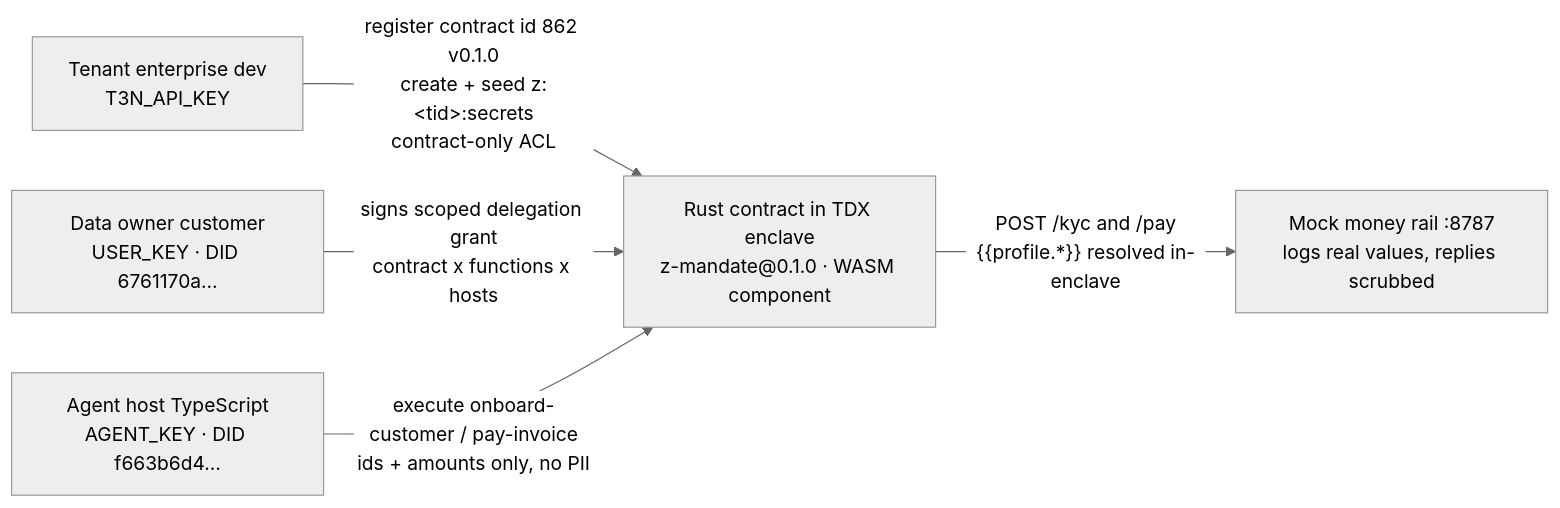
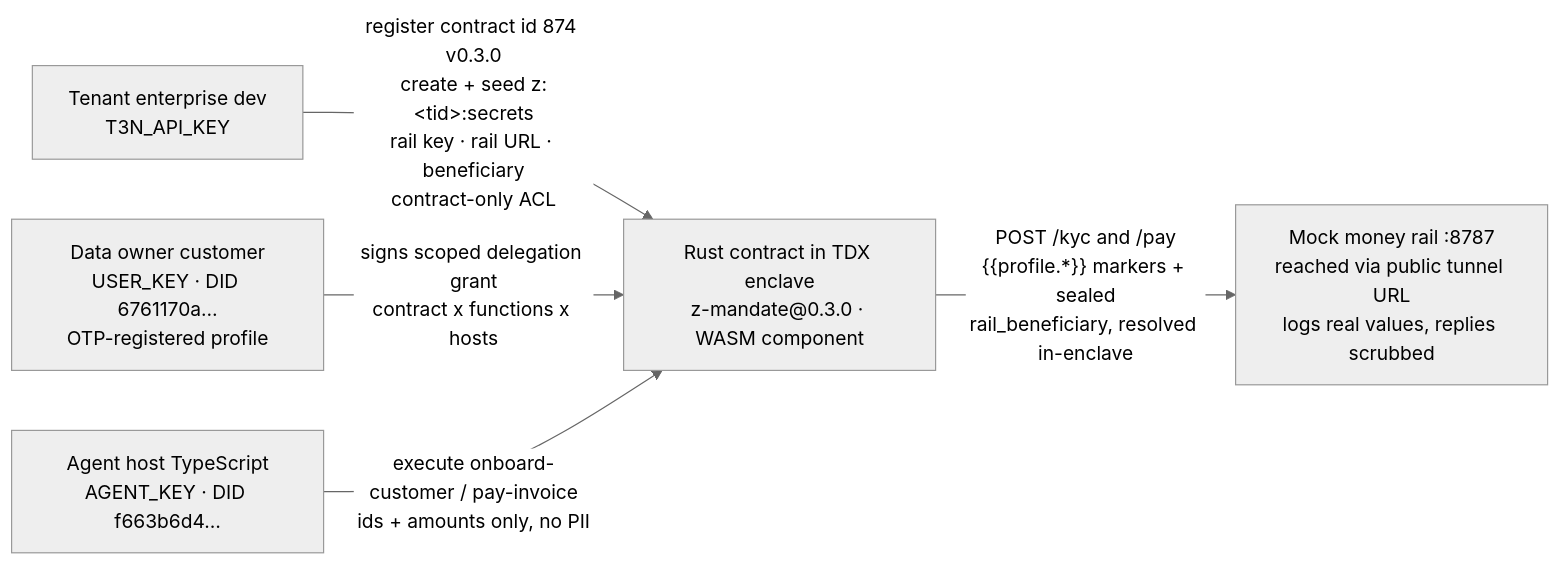
One commit to JUICEWRLD998/mandate changed the diagram in README.md. Above: the diagram before and after it, drawn with Mermaid (neutral theme). The commit also changed other lines of this file and 2 other files, not shown here.

````diff
--- a/README.md
+++ b/README.md
@@ -30,7 +30,7 @@
 ```mermaid
 flowchart LR
-    T[Tenant enterprise dev<br/>T3N_API_KEY] -->|register contract id 862 v0.1.0<br/>create + seed z:&lt;tid&gt;:secrets<br/>contract-only ACL| C
-    U[Data owner customer<br/>USER_KEY · DID 6761170a…] -->|signs scoped delegation grant<br/>contract x functions x hosts| C
+    T[Tenant enterprise dev<br/>T3N_API_KEY] -->|register contract id 874 v0.3.0<br/>create + seed z:&lt;tid&gt;:secrets<br/>rail key · rail URL · beneficiary<br/>contract-only ACL| C
+    U[Data owner customer<br/>USER_KEY · DID 6761170a…<br/>OTP-registered profile] -->|signs scoped delegation grant<br/>contract x functions x hosts| C
     A[Agent host TypeScript<br/>AGENT_KEY · DID f663b6d4…] -->|execute onboard-customer / pay-invoice<br/>ids + amounts only, no PII| C
-    C[Rust contract in TDX enclave<br/>z-mandate@0.1.0 · WASM component] -->|"POST /kyc and /pay<br/>{{profile.*}} resolved in-enclave"| R[Mock money rail :8787<br/>logs real values, replies scrubbed]
+    C[Rust contract in TDX enclave<br/>z-mandate@0.3.0 · WASM component] -->|"POST /kyc and /pay<br/>{{profile.*}} markers + sealed<br/>rail_beneficiary, resolved in-enclave"| R[Mock money rail :8787<br/>reached via public tunnel URL<br/>logs real values, replies scrubbed]
 ```
````
